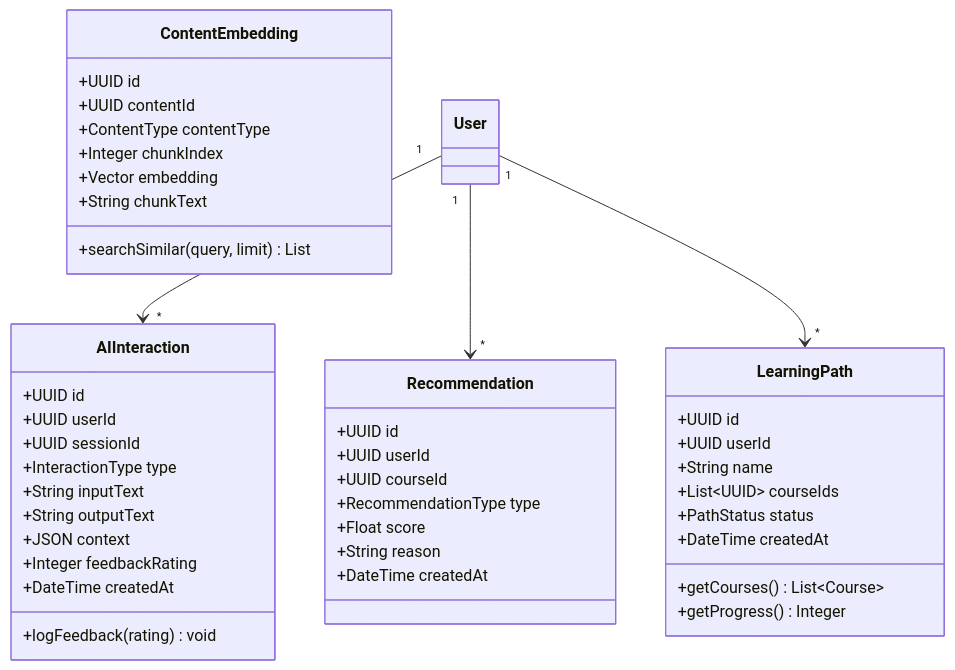
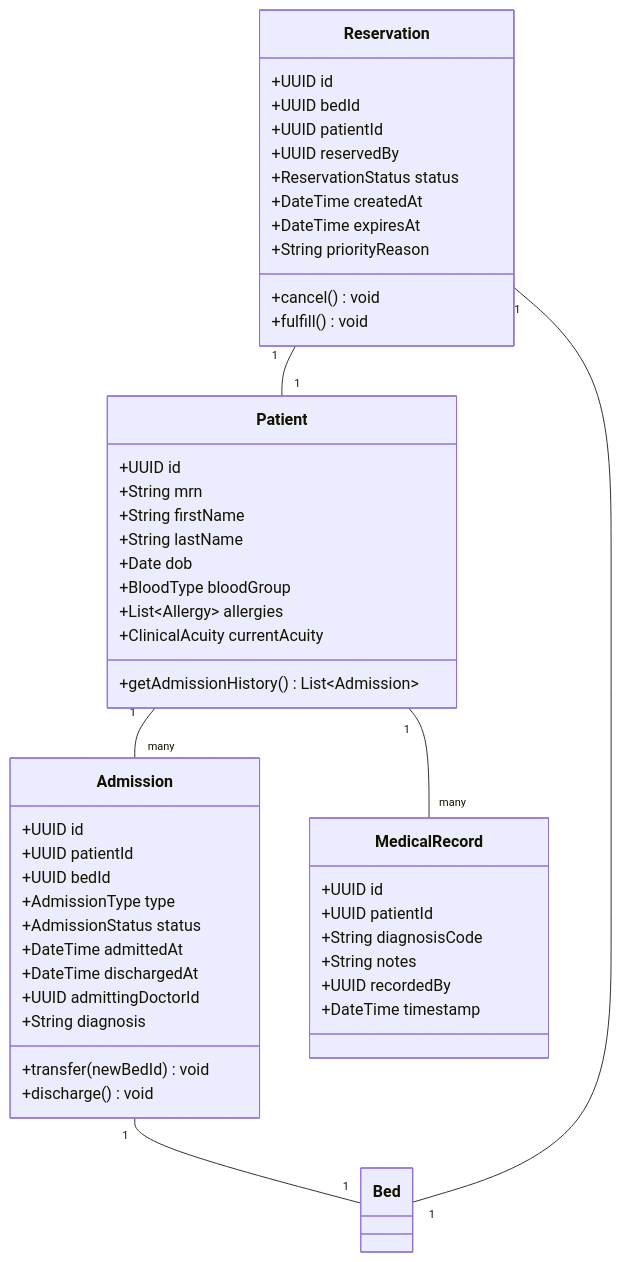
The second of 6 diagrams in CLASS_DIAGRAM.md (adityasinghz/kata-3), drawn with Mermaid before and after one commit. The commit also changed other lines of this file and 12 other files, not shown here.

````diff
--- a/CLASS_DIAGRAM.md
+++ b/CLASS_DIAGRAM.md
@@ -228,50 +93,56 @@
 ```mermaid
 classDiagram
-    class AIInteraction {
+    class Patient {
         +UUID id
-        +UUID userId
-        +UUID sessionId
-        +InteractionType type
-        +String inputText
-        +String outputText
-        +JSON context
-        +Integer feedbackRating
-        +DateTime createdAt
-        +logFeedback(rating) void
-    }
-    
-    class ContentEmbedding {
-        +UUID id
-        +UUID contentId
-        +ContentType contentType
-        +Integer chunkIndex
-        +Vector embedding
-        +String chunkText
-        +searchSimilar(query, limit) List
-    }
-    
-    class Recommendation {
-        +UUID id
-        +UUID userId
-        +UUID courseId
-        +RecommendationType type
-        +Float score
-        +String reason
-        +DateTime createdAt
-    }
-    
-    class LearningPath {
-        +UUID id
-        +UUID userId
-        +String name
-        +List~UUID~ courseIds
-        +PathStatus status
-        +DateTime createdAt
-        +getCourses() List~Course~
-        +getProgress() Integer
+        +String mrn
+        +String firstName
+        +String lastName
+        +Date dob
+        +BloodType bloodGroup
+        +List~Allergy~ allergies
+        +ClinicalAcuity currentAcuity
+        +getAdmissionHistory() List~Admission~
     }
 
-    User "1" --> "*" AIInteraction
-    User "1" --> "*" Recommendation
-    User "1" --> "*" LearningPath
+    class Admission {
+        +UUID id
+        +UUID patientId
+        +UUID bedId
+        +AdmissionType type
+        +AdmissionStatus status
+        +DateTime admittedAt
+        +DateTime dischargedAt
+        +UUID admittingDoctorId
+        +String diagnosis
+        +transfer(newBedId) void
+        +discharge() void
+    }
+
+    class MedicalRecord {
+        +UUID id
+        +UUID patientId
+        +String diagnosisCode
+        +String notes
+        +UUID recordedBy
+        +DateTime timestamp
+    }
+
+    class Reservation {
+        +UUID id
+        +UUID bedId
+        +UUID patientId
+        +UUID reservedBy
+        +ReservationStatus status
+        +DateTime createdAt
+        +DateTime expiresAt
+        +String priorityReason
+        +cancel() void
+        +fulfill() void
+    }
+
+    Patient "1" -- "many" Admission
+    Patient "1" -- "many" MedicalRecord
+    Admission "1" -- "1" Bed
+    Reservation "1" -- "1" Bed
+    Reservation "1" -- "1" Patient
 ```
````
